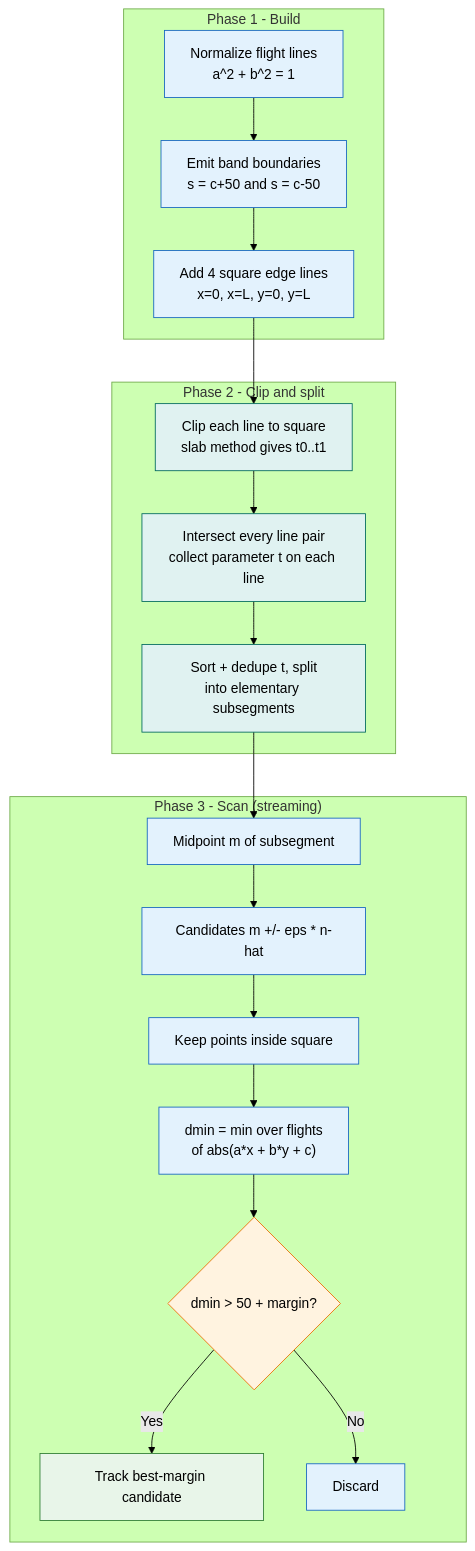
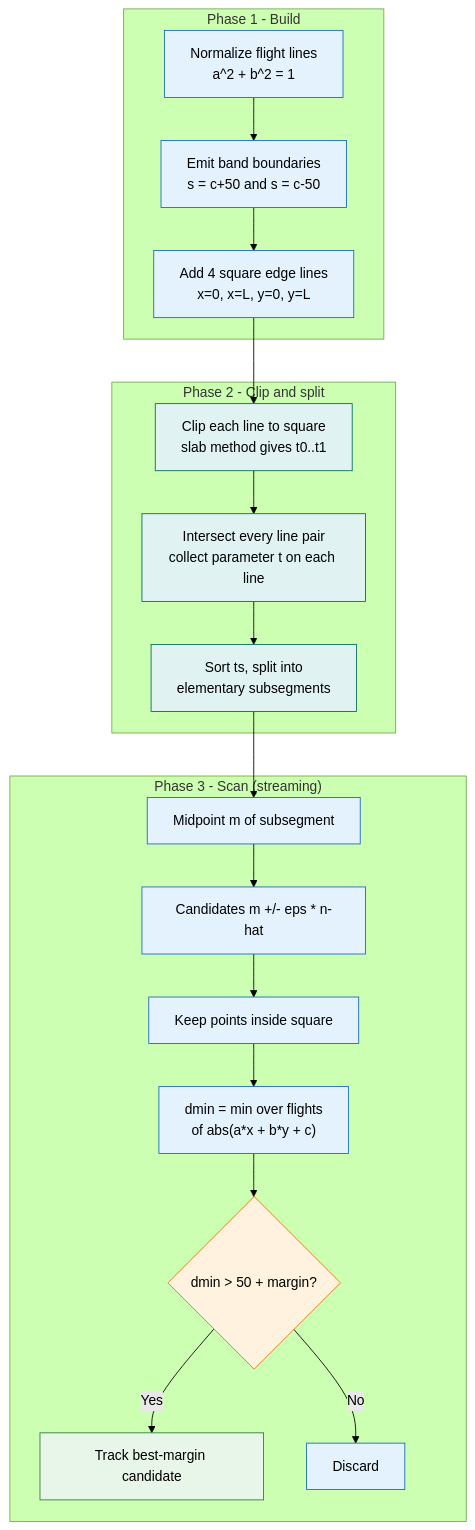
One commit to jambamamba/performacode-airplane-coverage changed the fourth of 9 diagrams in docs/PROJECT_PLAN.md. Above: the diagram before and after it, drawn with Mermaid (forest theme). The commit also changed other lines of this file, not shown here.

````diff
--- a/docs/PROJECT_PLAN.md
+++ b/docs/PROJECT_PLAN.md
@@ -348,31 +348,31 @@
 ```mermaid
 flowchart TD
     subgraph B["Phase 1 - Build"]
         B1["Normalize flight lines<br/>a^2 + b^2 = 1"] --> B2["Emit band boundaries<br/>s = c+50 and s = c-50"]
         B2 --> B3["Add 4 square edge lines<br/>x=0, x=L, y=0, y=L"]
     end
     subgraph C["Phase 2 - Clip and split"]
         C1["Clip each line to square<br/>slab method gives t0..t1"] --> C2["Intersect every line pair<br/>collect parameter t on each line"]
-        C2 --> C3["Sort + dedupe t, split<br/>into elementary subsegments"]
+        C2 --> C3["Sort ts, split into<br/>elementary subsegments"]
     end
     subgraph D["Phase 3 - Scan (streaming)"]
         D1["Midpoint m of subsegment"] --> D2b["Candidates m +/- eps * n-hat"]
         D2b --> D3["Keep points inside square"]
         D3 --> D4["dmin = min over flights<br/>of abs(a*x + b*y + c)"]
         D4 --> D5{"dmin > 50 + margin?"}
         D5 -->|"Yes"| D6["Track best-margin candidate"]
         D5 -->|"No"| D7["Discard"]
     end
     B3 --> C1
     C3 --> D1
 
     classDef build fill:#e3f2fd,stroke:#1565c0,color:#000
     classDef clip fill:#e0f2f1,stroke:#00695c,color:#000
     classDef scan fill:#e3f2fd,stroke:#1565c0,color:#000
     classDef dec fill:#fff3e0,stroke:#ef6c00,color:#000
     classDef good fill:#e8f5e9,stroke:#2e7d32,color:#000
     class B1,B2,B3,C1,C2,C3,D1,D2b,D3,D4,D7 build
     class C1,C2,C3 clip
     class D5 dec
     class D6 good
 ```
````
